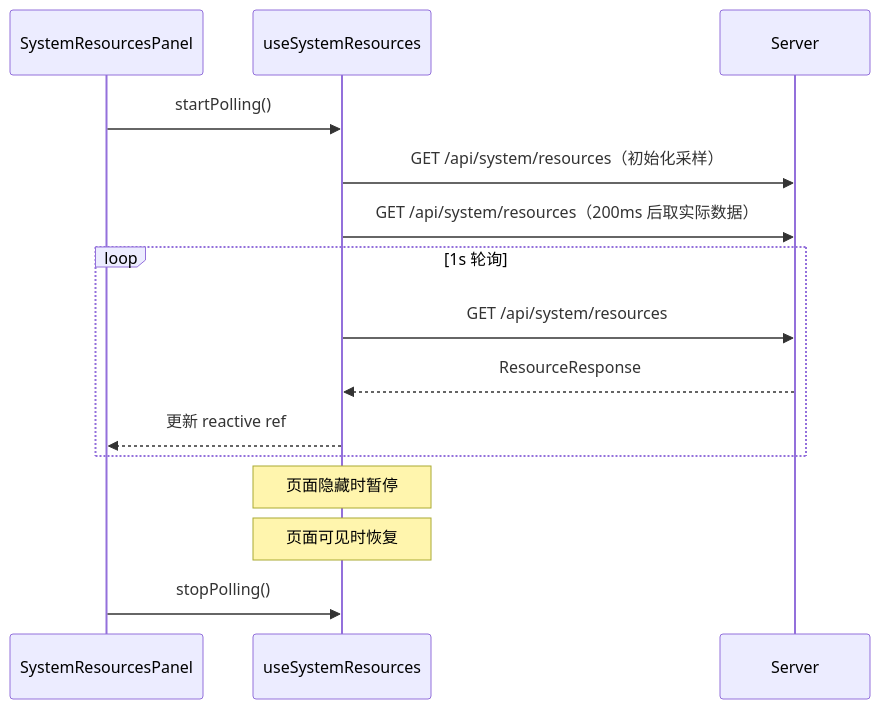
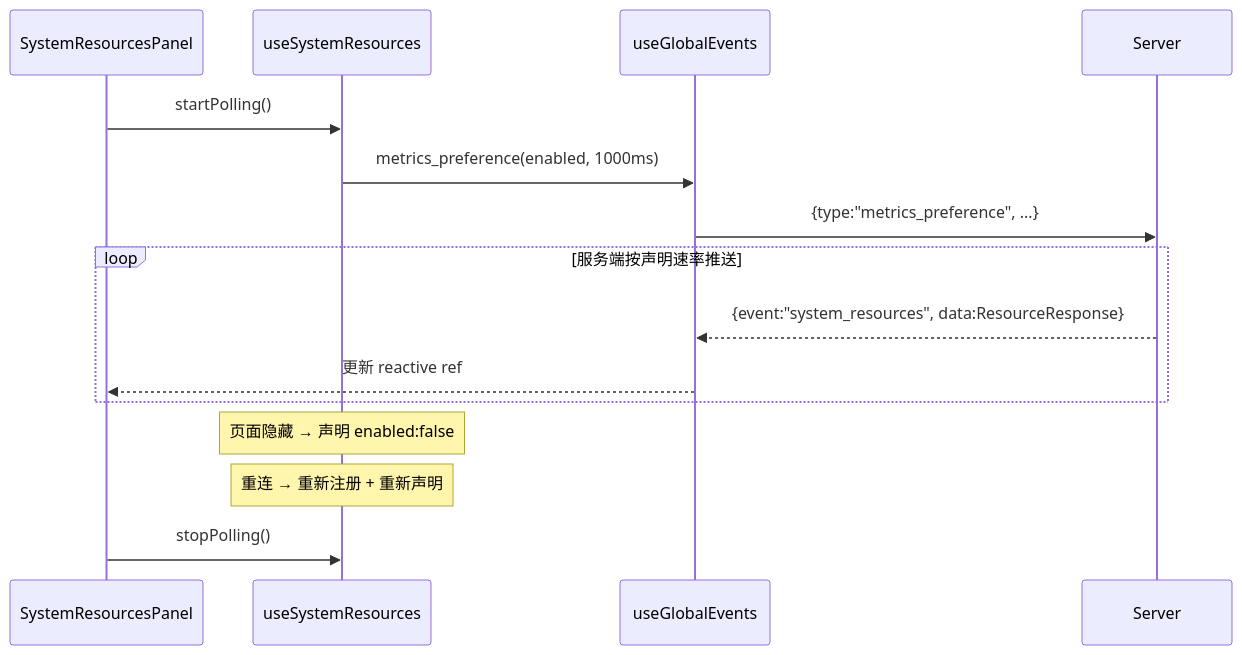
The second of 2 diagrams in docs/spec/infra/system-resources.md (clawbench-dev/clawbench), drawn with Mermaid before and after one commit. The commit also changed other lines of this file and 22 other files, not shown here.

````diff
--- a/docs/spec/infra/system-resources.md
+++ b/docs/spec/infra/system-resources.md
@@ -20,18 +25,18 @@
 ```mermaid
 sequenceDiagram
     participant SystemResourcesPanel
     participant useSystemResources
+    participant useGlobalEvents
     participant Server
 
     SystemResourcesPanel->>useSystemResources: startPolling()
-    useSystemResources->>Server: GET /api/system/resources（初始化采样）
-    useSystemResources->>Server: GET /api/system/resources（200ms 后取实际数据）
-    loop 1s 轮询
-        useSystemResources->>Server: GET /api/system/resources
-        Server-->>useSystemResources: ResourceResponse
-        useSystemResources-->>SystemResourcesPanel: 更新 reactive ref
+    useSystemResources->>useGlobalEvents: metrics_preference(enabled, 1000ms)
+    useGlobalEvents->>Server: {type:"metrics_preference", ...}
+    loop 服务端按声明速率推送
+        Server-->>useGlobalEvents: {event:"system_resources", data:ResourceResponse}
+        useGlobalEvents-->>SystemResourcesPanel: 更新 reactive ref
     end
-    Note over useSystemResources: 页面隐藏时暂停
-    Note over useSystemResources: 页面可见时恢复
+    Note over useSystemResources: 页面隐藏 → 声明 enabled:false
+    Note over useSystemResources: 重连 → 重新注册 + 重新声明
     SystemResourcesPanel->>useSystemResources: stopPolling()
 ```
````
